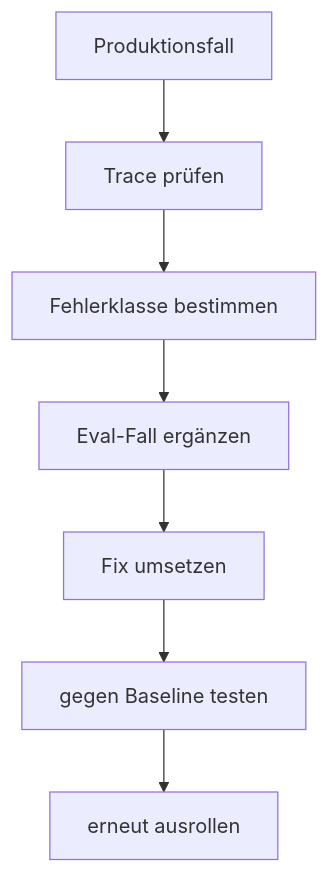
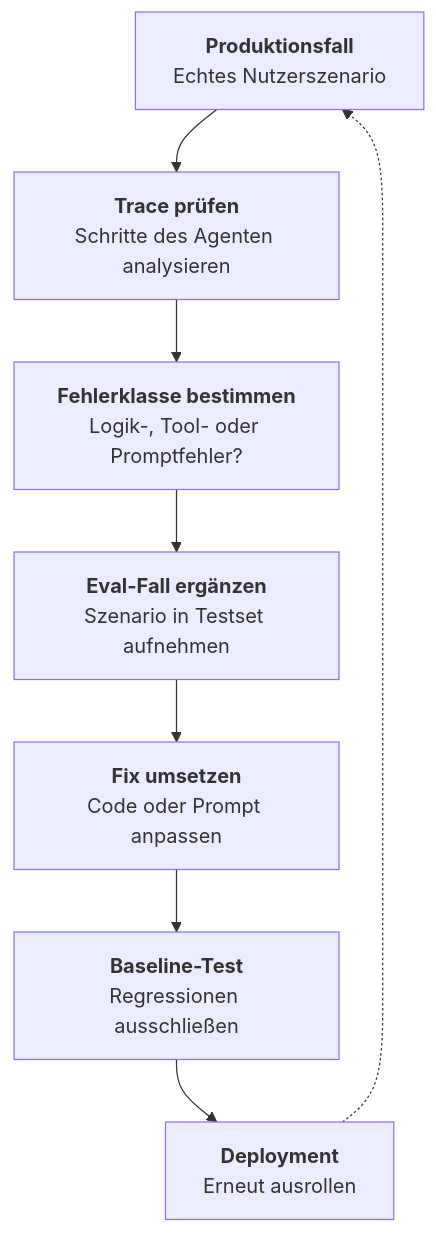
The third of 3 diagrams in docs/frameworks/Agent_Evaluation_Observability_Best_Practices.md (ralf-42/Agenten), drawn with Mermaid before and after one commit. The commit also changed other lines of this file and 1 other file, not shown here.

````diff
--- a/docs/frameworks/Agent_Evaluation_Observability_Best_Practices.md
+++ b/docs/frameworks/Agent_Evaluation_Observability_Best_Practices.md
@@ -199,9 +229,12 @@
 ```mermaid
 flowchart TD
-    A["Produktionsfall"] --> B["Trace prüfen"]
-    B --> C["Fehlerklasse bestimmen"]
-    C --> D["Eval-Fall ergänzen"]
-    D --> E["Fix umsetzen"]
-    E --> F["gegen Baseline testen"]
-    F --> G["erneut ausrollen"]
+    A["<b>Produktionsfall</b><br>Echtes Nutzerszenario"] --> B["<b>Trace prüfen</b><br>Schritte des Agenten analysieren"]
+    B --> C["<b>Fehlerklasse bestimmen</b><br>Logik-, Tool- oder Promptfehler?"]
+    C --> D["<b>Eval-Fall ergänzen</b><br>Szenario in Testset aufnehmen"]
+    D --> E["<b>Fix umsetzen</b><br>Code oder Prompt anpassen"]
+    E --> F["<b>Baseline-Test</b><br>Regressionen ausschließen"]
+    F --> G["<b>Deployment</b><br>Erneut ausrollen"]
+    
+    %% Der Kreislauf zum nächsten Produktionsfall
+    G -.-> A
 ```
````
